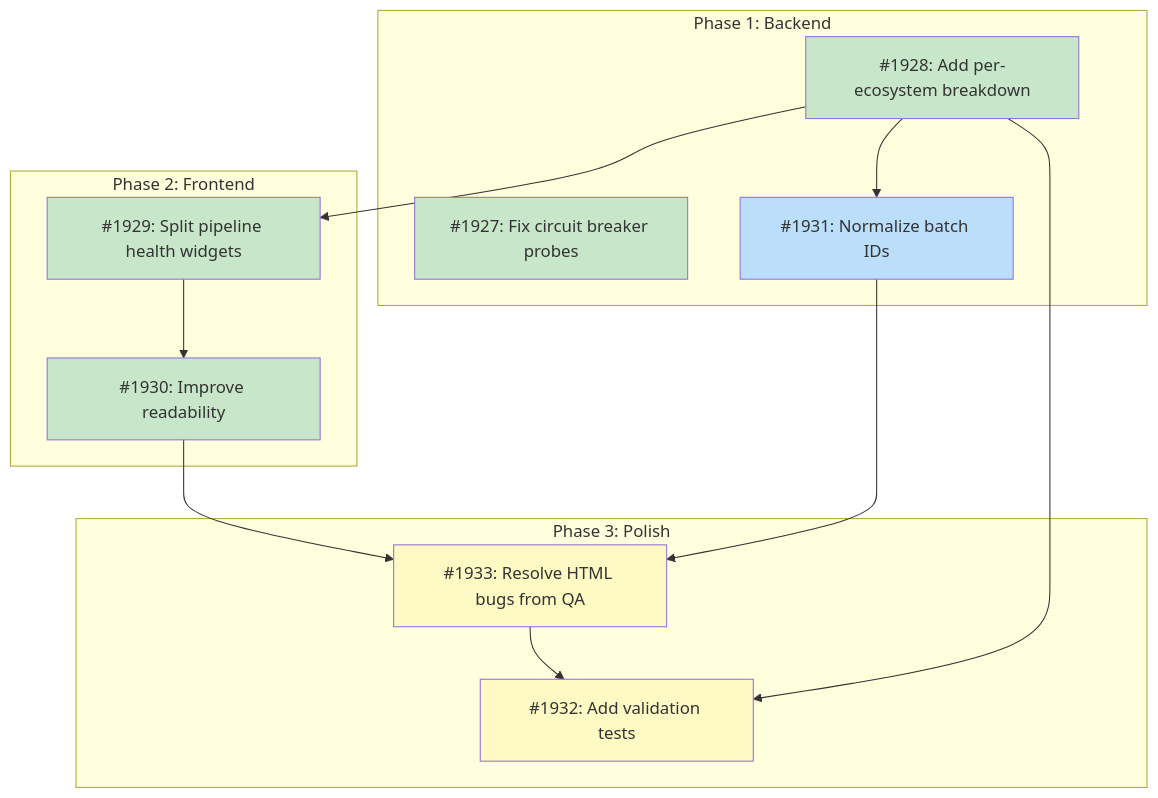
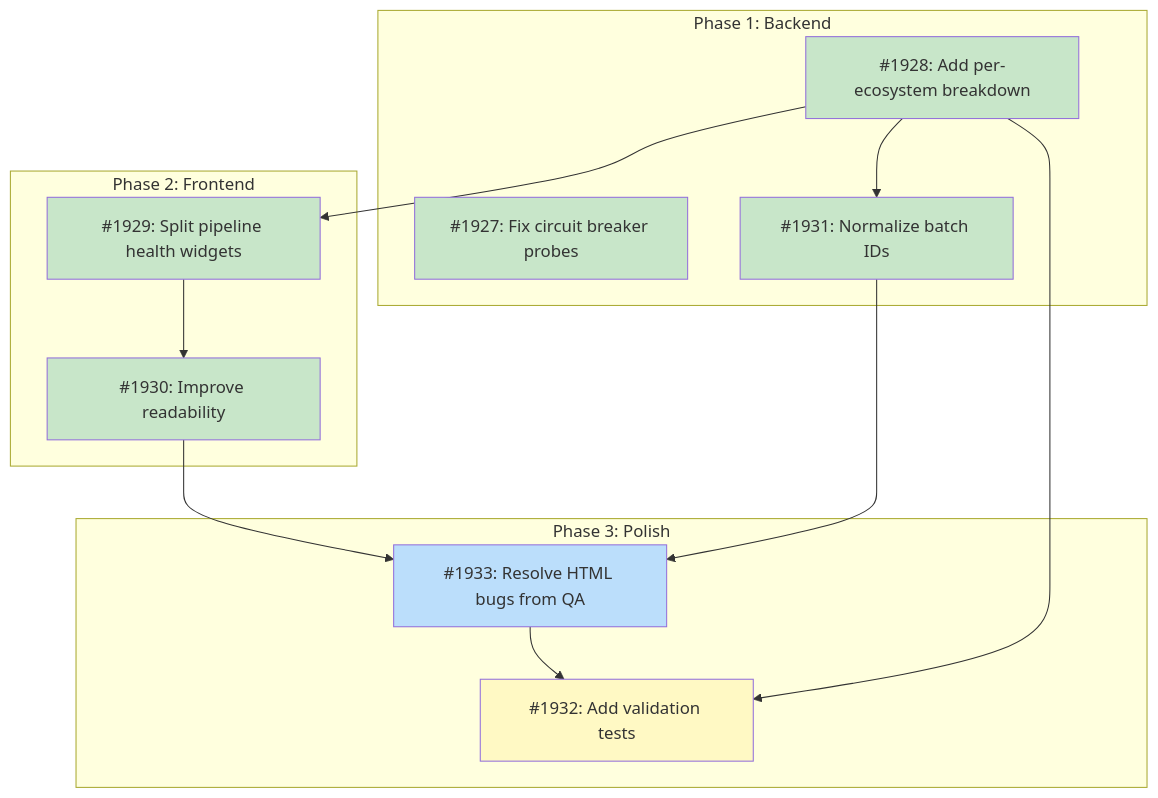
The diagram in docs/designs/DESIGN-pipeline-dashboard-overhaul.md (tsukumogami/tsuku), drawn with Mermaid before and after one commit. The commit also changed other lines of this file and 1 other file, not shown here.

Commit message:
docs(#1931): mark batch ID normalization as complete in design doc

````diff
--- a/docs/designs/DESIGN-pipeline-dashboard-overhaul.md
+++ b/docs/designs/DESIGN-pipeline-dashboard-overhaul.md
@@ -55,36 +55,36 @@
 ```mermaid
 graph TD
     subgraph Phase1["Phase 1: Backend"]
         I1927["#1927: Fix circuit breaker probes"]
         I1928["#1928: Add per-ecosystem breakdown"]
         I1931["#1931: Normalize batch IDs"]
     end
 
     subgraph Phase2["Phase 2: Frontend"]
         I1929["#1929: Split pipeline health widgets"]
         I1930["#1930: Improve readability"]
     end
 
     subgraph Phase3["Phase 3: Polish"]
         I1933["#1933: Resolve HTML bugs from QA"]
         I1932["#1932: Add validation tests"]
     end
 
     I1928 --> I1929
     I1928 --> I1931
     I1928 --> I1932
     I1929 --> I1930
     I1930 --> I1933
     I1931 --> I1933
     I1933 --> I1932
 
     classDef done fill:#c8e6c9
     classDef ready fill:#bbdefb
     classDef blocked fill:#fff9c4
     classDef needsDesign fill:#e1bee7
     classDef tracksDesign fill:#FFE0B2,stroke:#F57C00,color:#000
 
-    class I1927,I1928,I1929,I1930 done
-    class I1931 ready
-    class I1933,I1932 blocked
+    class I1927,I1928,I1929,I1930,I1931 done
+    class I1933 ready
+    class I1932 blocked
 ```
````
